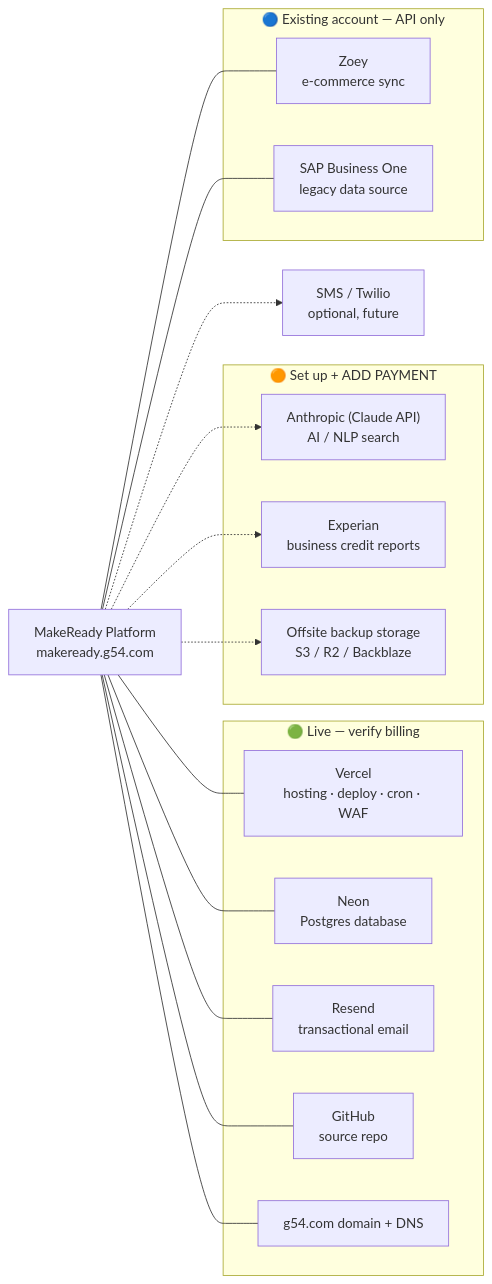
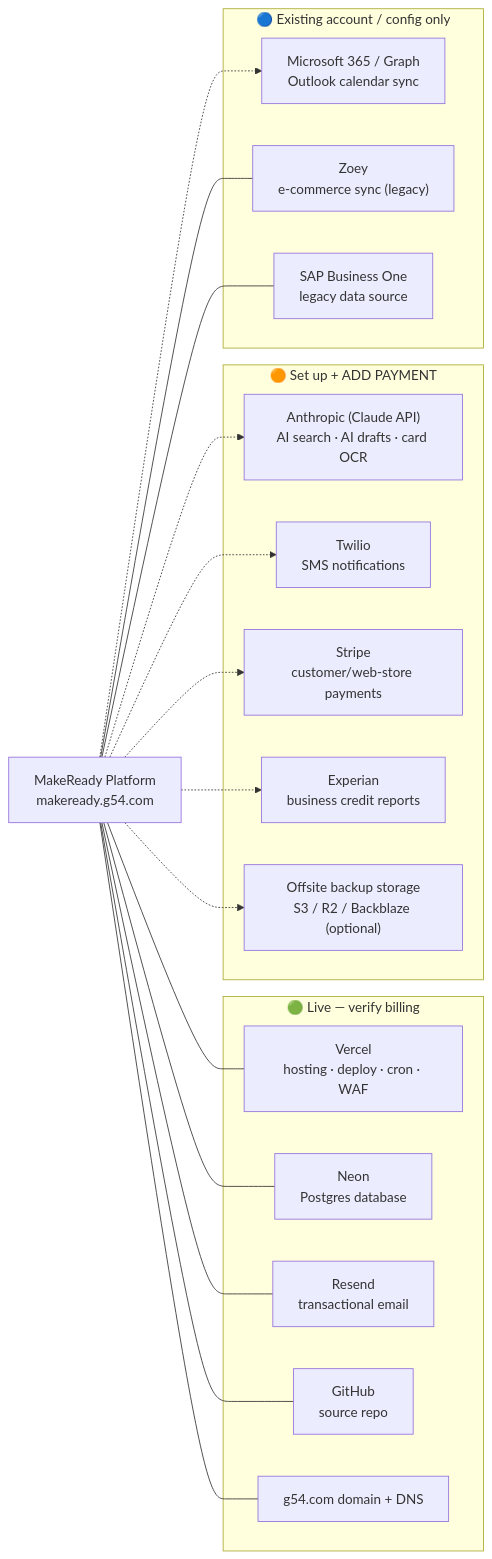
The diagram in docs/architecture/DEPENDENCIES.md (cwallg54/MakeReady), drawn with Mermaid before and after one commit. The commit also changed other lines of this file, not shown here.

````diff
--- a/docs/architecture/DEPENDENCIES.md
+++ b/docs/architecture/DEPENDENCIES.md
@@ -17,28 +25,31 @@
 ```mermaid
 flowchart LR
   core["MakeReady Platform<br/>makeready.g54.com"]
 
   subgraph LIVE["🟢 Live — verify billing"]
     vercel["Vercel<br/>hosting · deploy · cron · WAF"]
     neon["Neon<br/>Postgres database"]
     resend["Resend<br/>transactional email"]
     github["GitHub<br/>source repo"]
     dns["g54.com domain + DNS"]
   end
 
   subgraph PAY["🟠 Set up + ADD PAYMENT"]
-    anthropic["Anthropic (Claude API)<br/>AI / NLP search"]
+    anthropic["Anthropic (Claude API)<br/>AI search · AI drafts · card OCR"]
+    twilio["Twilio<br/>SMS notifications"]
+    stripe["Stripe<br/>customer/web-store payments"]
     experian["Experian<br/>business credit reports"]
-    backup["Offsite backup storage<br/>S3 / R2 / Backblaze"]
+    backup["Offsite backup storage<br/>S3 / R2 / Backblaze (optional)"]
   end
 
-  subgraph HAVE["🔵 Existing account — API only"]
-    zoey["Zoey<br/>e-commerce sync"]
+  subgraph HAVE["🔵 Existing account / config only"]
+    m365["Microsoft 365 / Graph<br/>Outlook calendar sync"]
+    zoey["Zoey<br/>e-commerce sync (legacy)"]
     sap["SAP Business One<br/>legacy data source"]
   end
 
   core --- vercel & neon & resend & github & dns
-  core -.-> anthropic & experian & backup
+  core -.-> anthropic & twilio & stripe & experian & backup
+  core -.-> m365
   core --- zoey & sap
-  core -.-> sms["SMS / Twilio<br/>optional, future"]
 ```
````
